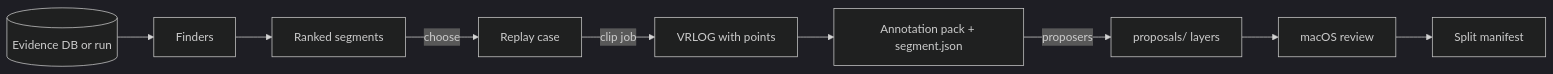
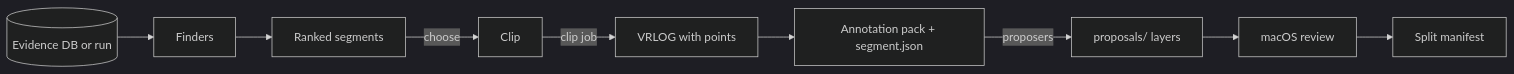
One commit to banshee-data/velocity.report changed the diagram in docs/plans/lidar-annotation-segment-finder-plan.md. Above: the diagram before and after it, drawn with Mermaid (dark theme). The commit also changed other lines of this file and 17 other files, not shown here.

````diff
--- a/docs/plans/lidar-annotation-segment-finder-plan.md
+++ b/docs/plans/lidar-annotation-segment-finder-plan.md
@@ -102,11 +102,11 @@
 ```mermaid
 flowchart LR
   E[(Evidence DB or run)] --> F[Finders]
   F --> Q[Ranked segments]
-  Q -->|choose| C[Replay case]
+  Q -->|choose| C[Clip]
   C -->|clip job| V[VRLOG with points]
   V --> P[Annotation pack + segment.json]
   P -->|proposers| L[proposals/ layers]
   L --> M[macOS review]
   M --> S[Split manifest]
 ```
````
